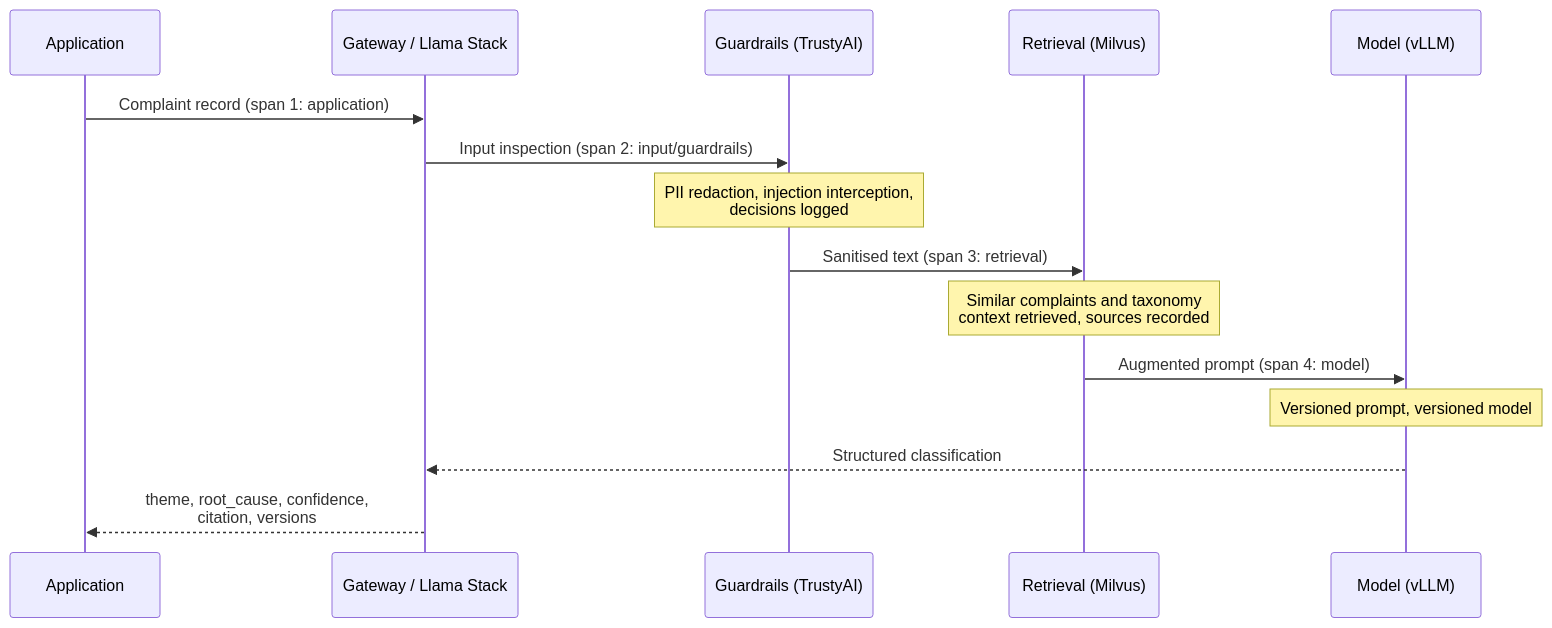
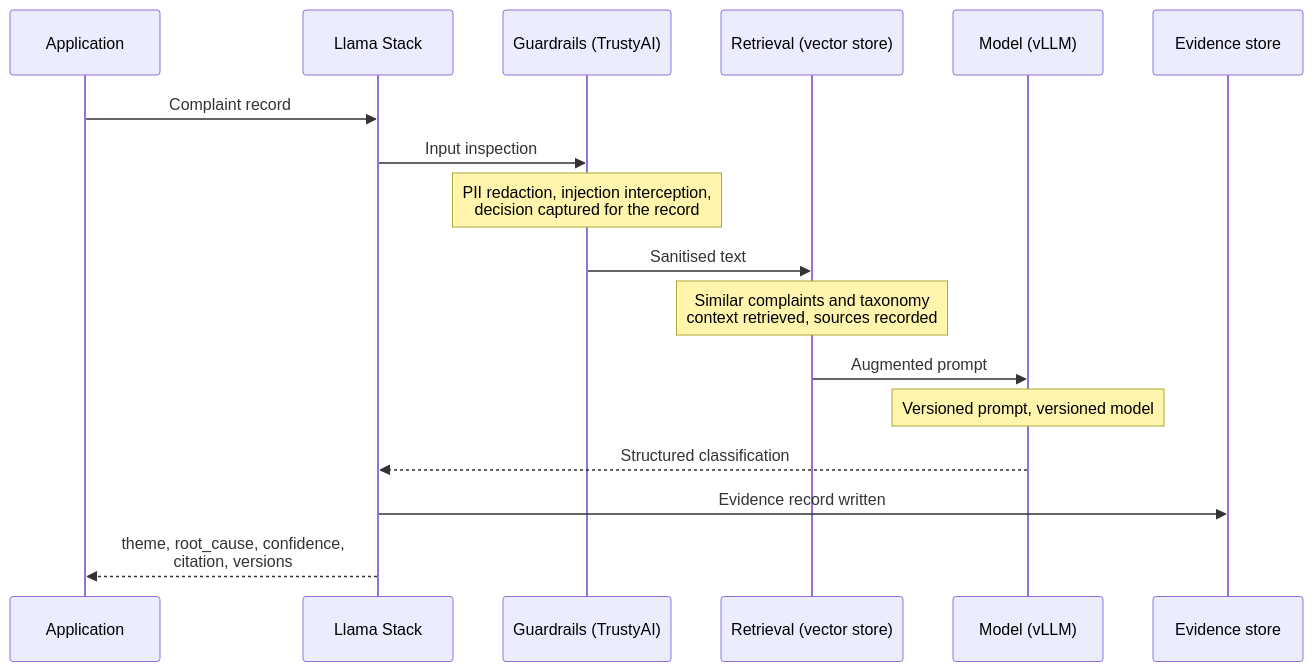
Before and after one commit to Deim0s13/rhoai: the second of 2 diagrams in 02-complaint-intelligence/docs/architecture.md, drawn with Mermaid. The commit also changed other lines of this file and 3 other files, not shown here.

````diff
--- a/02-complaint-intelligence/docs/architecture.md
+++ b/02-complaint-intelligence/docs/architecture.md
@@ -105,18 +129,20 @@
 ```mermaid
 sequenceDiagram
     participant App as Application
-    participant GW as Gateway / Llama Stack
+    participant LS as Llama Stack
     participant G as Guardrails (TrustyAI)
-    participant R as Retrieval (Milvus)
+    participant R as Retrieval (vector store)
     participant M as Model (vLLM)
+    participant E as Evidence store
 
-    App->>GW: Complaint record (span 1: application)
-    GW->>G: Input inspection (span 2: input/guardrails)
-    Note over G: PII redaction, injection interception,<br/>decisions logged
-    G->>R: Sanitised text (span 3: retrieval)
+    App->>LS: Complaint record
+    LS->>G: Input inspection
+    Note over G: PII redaction, injection interception,<br/>decision captured for the record
+    G->>R: Sanitised text
     Note over R: Similar complaints and taxonomy<br/>context retrieved, sources recorded
-    R->>M: Augmented prompt (span 4: model)
+    R->>M: Augmented prompt
     Note over M: Versioned prompt, versioned model
-    M-->>GW: Structured classification
-    GW-->>App: theme, root_cause, confidence,<br/>citation, versions
+    M-->>LS: Structured classification
+    LS->>E: Evidence record written
+    LS-->>App: theme, root_cause, confidence,<br/>citation, versions
 ```
````
